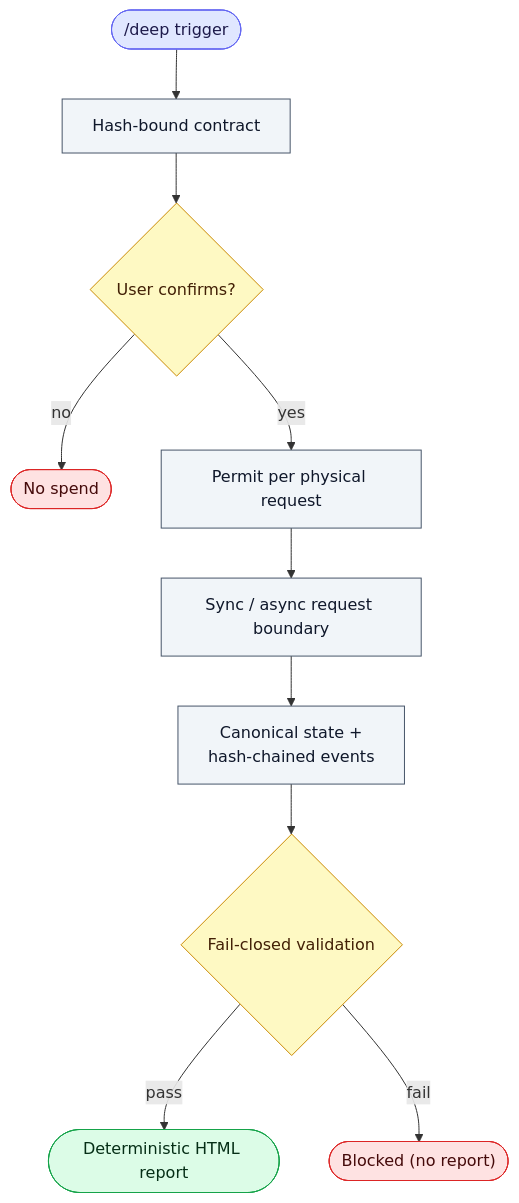
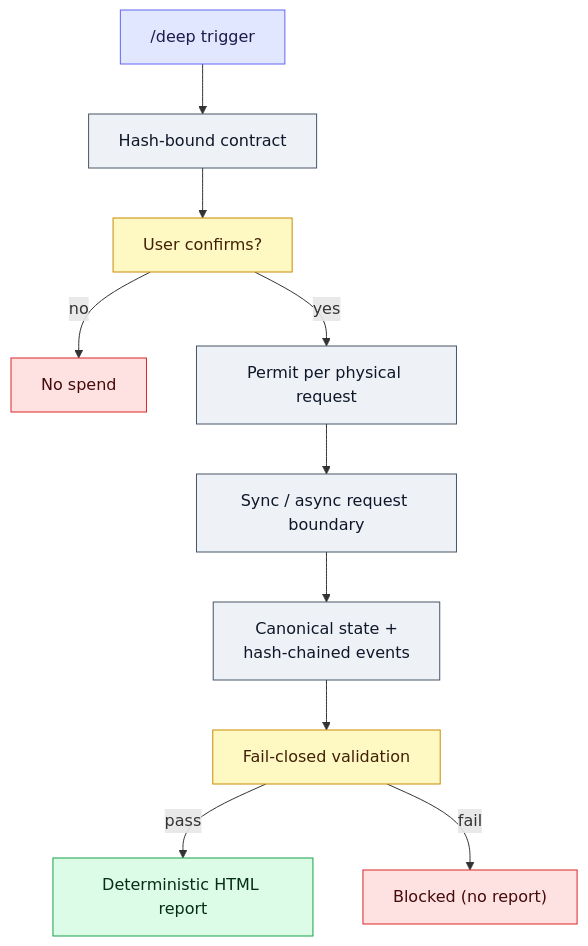
The diagram in README.md (jechiu16/agent-deep-research-trigger), drawn with Mermaid before and after one commit. The commit also changed 1 other file, not shown here.

Commit message:
docs: unify flowchart node shapes and diagram language
Makes every node a rectangle and distinguishes roles by color only
(start/step/gate/stop/done) instead of mixing rectangles, diamonds, and
stadiums. Keeps each README's diagram single-language: all-English in
README.md, all Traditional Chinese in README.zh-TW.md, removing the
prior CN/EN label mixing.

````diff
--- a/README.md
+++ b/README.md
@@ -139,18 +139,18 @@
 ```mermaid
 flowchart TD
-    T(["/deep trigger"]):::trig --> C["Hash-bound contract"]:::proc
-    C --> U{"User confirms?"}:::dec
-    U -- no --> X(["No spend"]):::stop
-    U -- yes --> P["Permit per physical request"]:::proc
-    P --> B["Sync / async request boundary"]:::proc
-    B --> S["Canonical state +<br/>hash-chained events"]:::proc
-    S --> V{"Fail-closed validation"}:::dec
-    V -- pass --> R(["Deterministic HTML report"]):::done
-    V -- fail --> H(["Blocked (no report)"]):::stop
+    T["/deep trigger"]:::start --> C["Hash-bound contract"]:::step
+    C --> U["User confirms?"]:::gate
+    U -- no --> X["No spend"]:::stop
+    U -- yes --> P["Permit per physical request"]:::step
+    P --> B["Sync / async request boundary"]:::step
+    B --> S["Canonical state +<br/>hash-chained events"]:::step
+    S --> V["Fail-closed validation"]:::gate
+    V -- pass --> R["Deterministic HTML report"]:::done
+    V -- fail --> H["Blocked (no report)"]:::stop
 
-    classDef trig fill:#e0e7ff,stroke:#6366f1,color:#1e1b4b;
-    classDef proc fill:#f1f5f9,stroke:#475569,color:#0f172a;
-    classDef dec fill:#fef9c3,stroke:#ca8a04,color:#422006;
+    classDef start fill:#e0e7ff,stroke:#6366f1,color:#1e1b4b;
+    classDef step fill:#eef2f7,stroke:#475569,color:#0f172a;
+    classDef gate fill:#fef9c3,stroke:#ca8a04,color:#422006;
     classDef stop fill:#fee2e2,stroke:#dc2626,color:#450a0a;
     classDef done fill:#dcfce7,stroke:#16a34a,color:#052e16;
 ```
````
